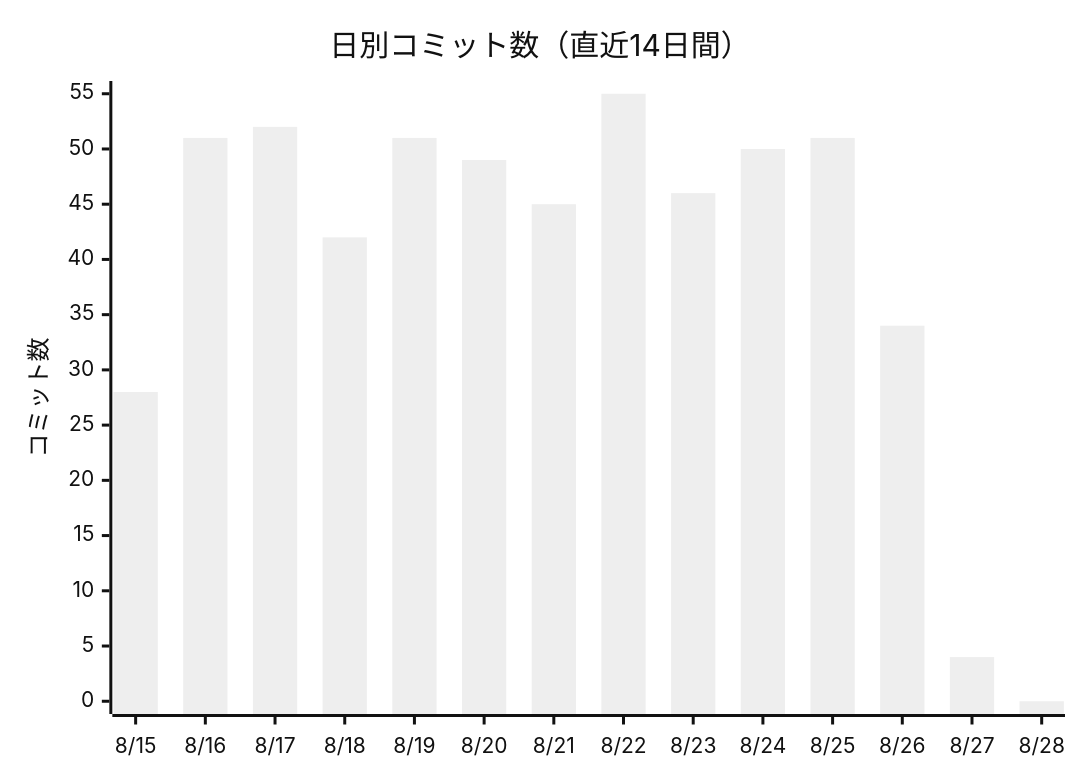
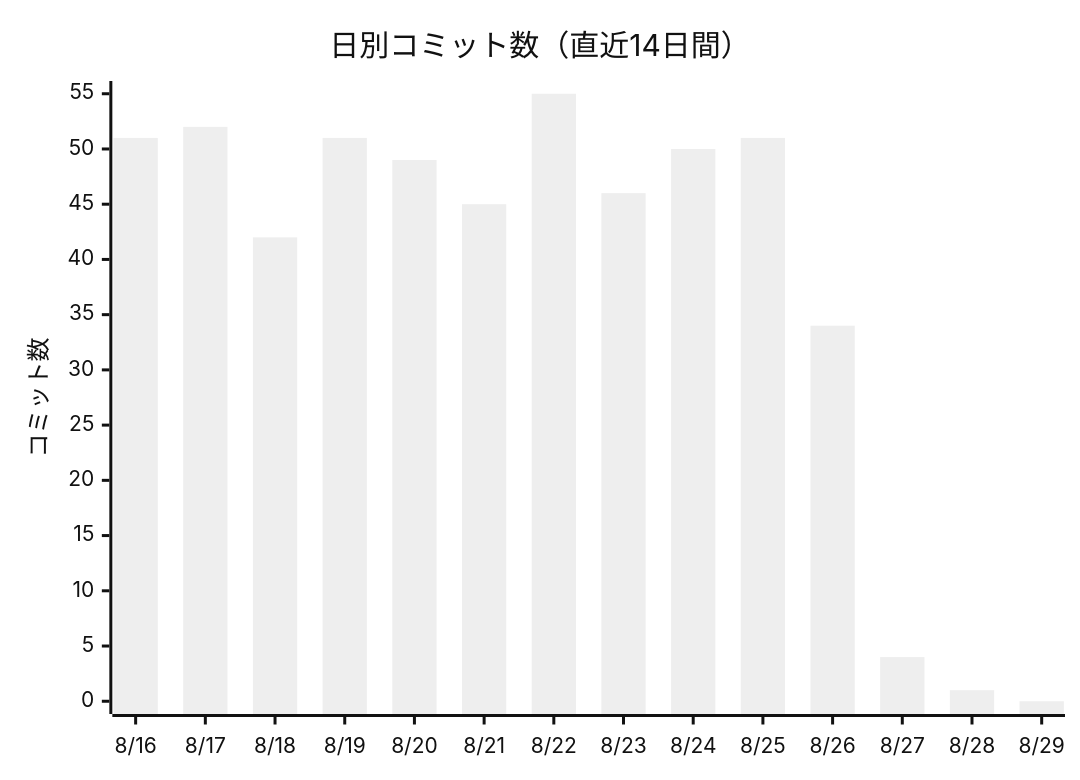
The first of 2 diagrams in docs/進化レポート.md (non-x2/non-x2), drawn with Mermaid (neutral theme) before and after one commit. The commit also changed other lines of this file and 2 other files, not shown here.

First line of the commit message:
🌱 台風地図座標ツールの順方向にも「地図の外」注意表示を追加

````diff
--- a/docs/進化レポート.md
+++ b/docs/進化レポート.md
@@ -23,7 +23,7 @@
 ```mermaid
 xychart-beta
     title "日別コミット数（直近14日間）"
-    x-axis ["8/15", "8/16", "8/17", "8/18", "8/19", "8/20", "8/21", "8/22", "8/23", "8/24", "8/25", "8/26", "8/27", "8/28"]
+    x-axis ["8/16", "8/17", "8/18", "8/19", "8/20", "8/21", "8/22", "8/23", "8/24", "8/25", "8/26", "8/27", "8/28", "8/29"]
     y-axis "コミット数"
-    bar [28, 51, 52, 42, 51, 49, 45, 55, 46, 50, 51, 34, 4, 0]
+    bar [51, 52, 42, 51, 49, 45, 55, 46, 50, 51, 34, 4, 1, 0]
 ```
````
